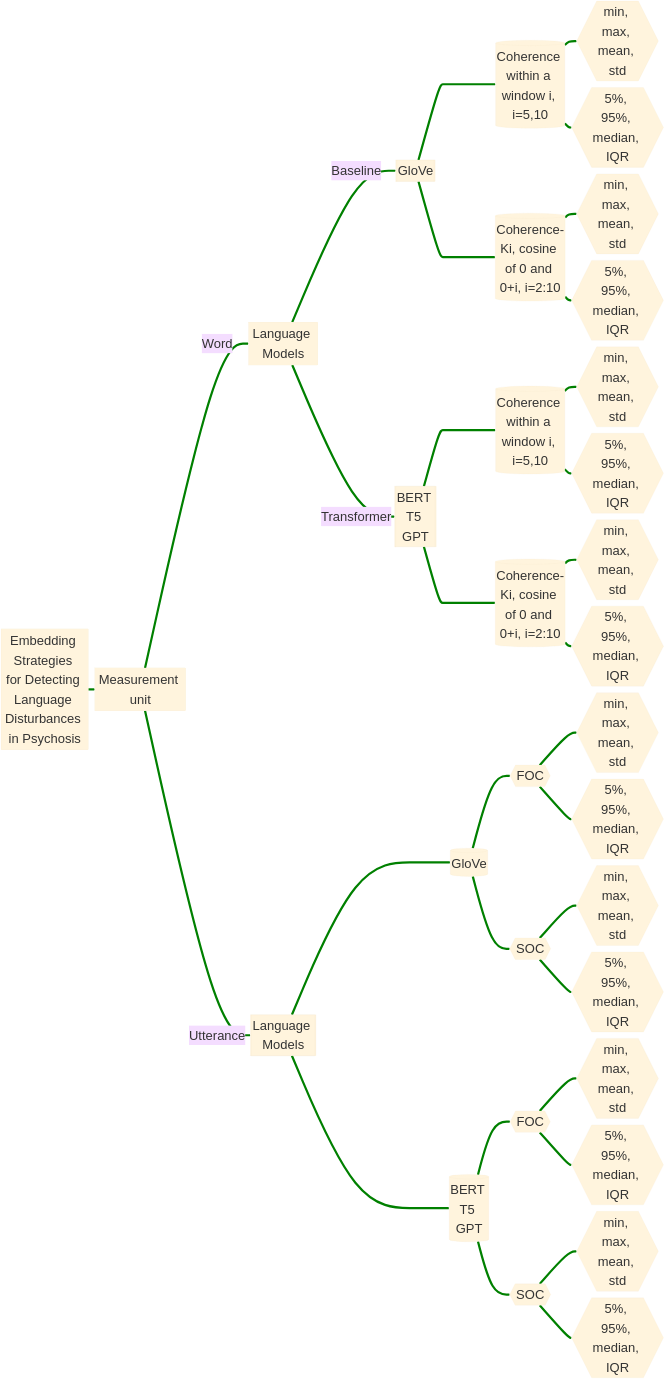
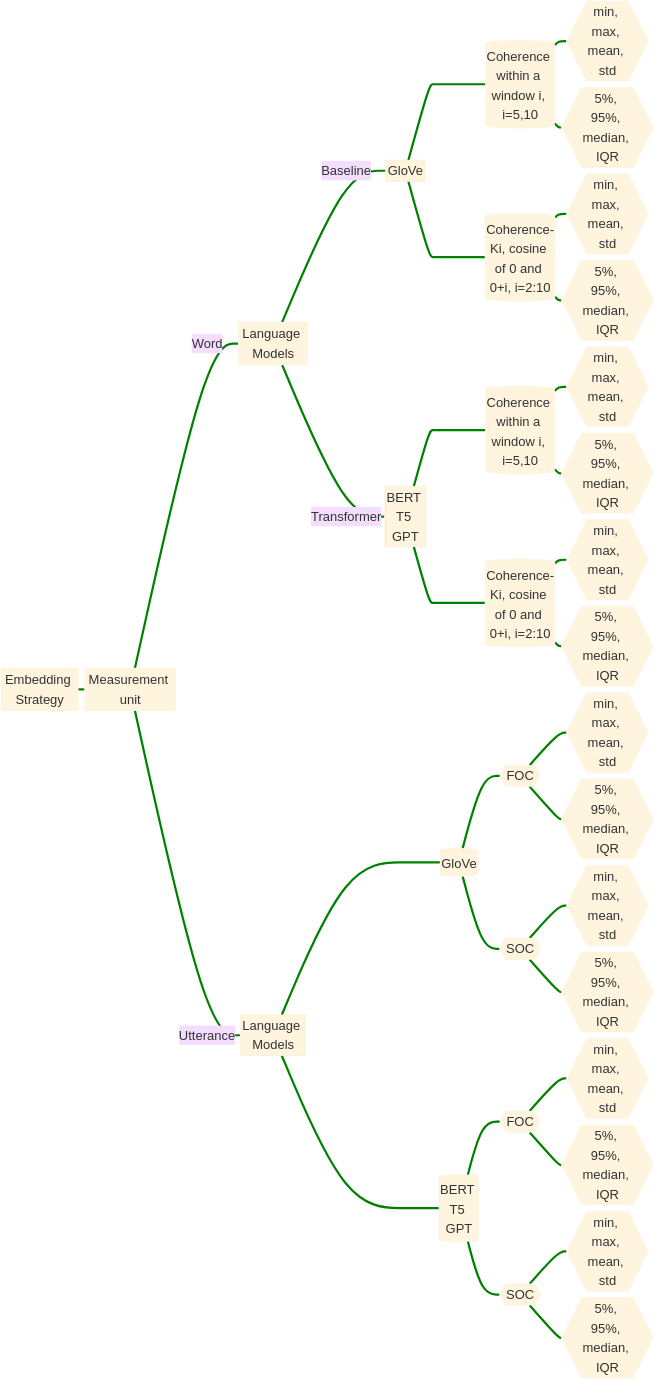
Before and after one commit to yancong222/SSD-LM-STanglab: the first of 2 diagrams in README.md, drawn with Mermaid.

````diff
--- a/README.md
+++ b/README.md
@@ -5,66 +5,66 @@
 ```mermaid
 %%{init: {'theme': 'base', 'themeVariables': { 'fontSize': '100px'}}}%%
 flowchart LR
-    A[Embedding Strategies for Detecting Language Disturbances in Psychosis] ==> B[Measurement unit]
+    A[Embedding Strategy] ==> B[Measurement unit]
     B == Word ==> C[Language Models]
     C == Baseline ==> D[[GloVe]] ====> G[(Coherence within a window i, i=5,10)]
     G ==> J{{min, max, mean, std}}
     G ==> K{{5%, 95%, median, IQR}}
     D ====> P[(Coherence-Ki, cosine of 0 and 0+i, i=2:10)]
     P ==> Q{{min, max, mean, std}}
     P ==> R{{5%, 95%, median, IQR}}
     C == Transformer ==> E[[BERT T5 GPT]] ====> H[(Coherence within a window i, i=5,10)]
     H ==> L{{min, max, mean, std}}
     H ==> M{{5%, 95%, median, IQR}}
     E ====> S[(Coherence-Ki, cosine of 0 and 0+i, i=2:10)]
     S ==> T{{min, max, mean, std}}
     S ==> U{{5%, 95%, median, IQR}}
     B == Utterance ==> F[[Language Models]] ====> I[(GloVe)]
     I ==> N{{FOC}}
     I ==> O{{SOC}}
     N ==> a{{min, max, mean, std}}
     N ==> b{{5%, 95%, median, IQR}}
     O ==> c{{min, max, mean, std}}
     O ==> d{{5%, 95%, median, IQR}}
     F ====> V[(BERT T5 GPT)]
     V ==> W{{FOC}}
     V ==> X{{SOC}}
     W ==> e{{min, max, mean, std}}
     W ==> f{{5%, 95%, median, IQR}}
     X ==> g{{min, max, mean, std}}
     X ==> h{{5%, 95%, median, IQR}}
     
     
     linkStyle 0 stroke-width:17px,fill:none,stroke:green;
     linkStyle 1 stroke-width:17px,fill:none,stroke:green;
     linkStyle 2 stroke-width:17px,fill:none,stroke:green;
     linkStyle 3 stroke-width:17px,fill:none,stroke:green;
     linkStyle 4 stroke-width:17px,fill:none,stroke:green;
     linkStyle 5 stroke-width:17px,fill:none,stroke:green;
     linkStyle 6 stroke-width:17px,fill:none,stroke:green;
     linkStyle 7 stroke-width:17px,fill:none,stroke:green;
     linkStyle 8 stroke-width:17px,fill:none,stroke:green;
     linkStyle 9 stroke-width:17px,fill:none,stroke:green;
     linkStyle 10 stroke-width:17px,fill:none,stroke:green;
     linkStyle 11 stroke-width:17px,fill:none,stroke:green;
     linkStyle 12 stroke-width:17px,fill:none,stroke:green;
     linkStyle 13 stroke-width:17px,fill:none,stroke:green;
     linkStyle 14 stroke-width:17px,fill:none,stroke:green;
     linkStyle 15 stroke-width:17px,fill:none,stroke:green;
     linkStyle 16 stroke-width:17px,fill:none,stroke:green;
     linkStyle 17 stroke-width:17px,fill:none,stroke:green;
     linkStyle 18 stroke-width:17px,fill:none,stroke:green;
     linkStyle 19 stroke-width:17px,fill:none,stroke:green;
     linkStyle 20 stroke-width:17px,fill:none,stroke:green;
     linkStyle 21 stroke-width:17px,fill:none,stroke:green;
     linkStyle 22 stroke-width:17px,fill:none,stroke:green;
     linkStyle 23 stroke-width:17px,fill:none,stroke:green;
     linkStyle 24 stroke-width:17px,fill:none,stroke:green;
     linkStyle 25 stroke-width:17px,fill:none,stroke:green;
     linkStyle 26 stroke-width:17px,fill:none,stroke:green;
     linkStyle 27 stroke-width:17px,fill:none,stroke:green;
     linkStyle 28 stroke-width:17px,fill:none,stroke:green;
     linkStyle 29 stroke-width:17px,fill:none,stroke:green;
     linkStyle 30 stroke-width:17px,fill:none,stroke:green;
     
 ```
````
